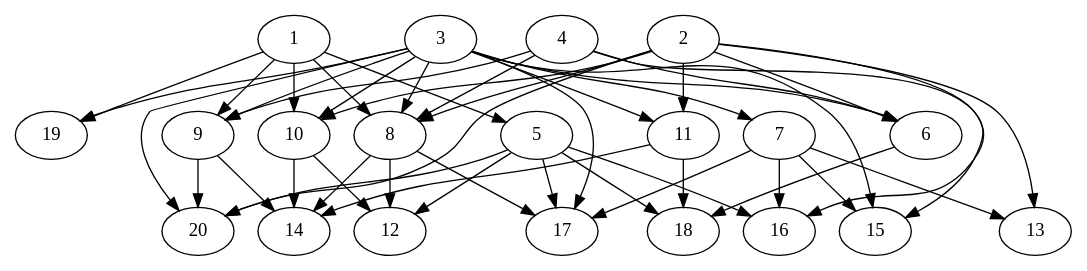
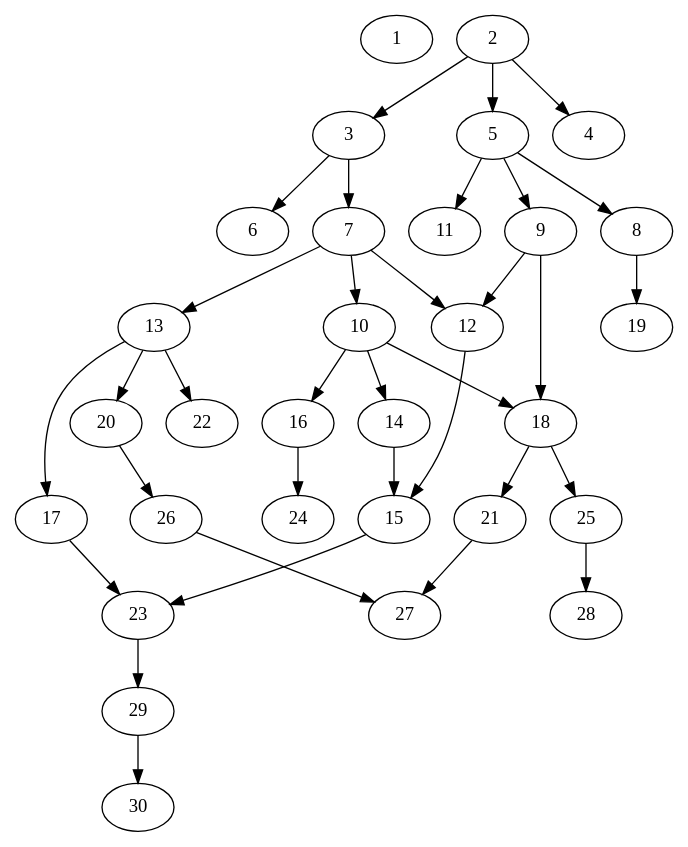
One commit to Ad-Bean/LinearProgramming changed the diagram in test.dot. Above: the diagram before and after it, drawn with Graphviz. The commit also changed 1 other file, not shown here.

```diff
--- a/test.dot
+++ b/test.dot
@@ -1,69 +1,67 @@
-// DAG automatically generated by daggen at Mon Jul 11 22:17:41 2022
-// ./daggen -n 20 --fat 0.8 --density 0.8 --regular 0.2 --jump 2 --minalpha 20 --maxalpha 200 --dot -o ../test.dot 
+// DAG automatically generated by daggen at Mon Jul 11 22:27:08 2022
+// ./daggen -n 30 --fat 0.4 --density 0.4 --regular 0.2 --jump 2 --minalpha 20 --maxalpha 200 --dot -o ../test.dot 
 digraph G {
-  1 [size="520712294024", alpha="45.93"]
-  1 -> 5 [size ="536870912"]
-  1 -> 8 [size ="536870912"]
-  1 -> 9 [size ="536870912"]
-  1 -> 10 [size ="536870912"]
-  1 -> 19 [size ="536870912"]
-  2 [size="5517730073", alpha="140.08"]
-  2 -> 6 [size ="301989888"]
-  2 -> 8 [size ="301989888"]
-  2 -> 10 [size ="301989888"]
-  2 -> 11 [size ="301989888"]
-  2 -> 13 [size ="301989888"]
-  2 -> 16 [size ="301989888"]
-  2 -> 20 [size ="301989888"]
-  3 [size="13493422392", alpha="146.76"]
-  3 -> 6 [size ="411041792"]
-  3 -> 7 [size ="411041792"]
-  3 -> 8 [size ="411041792"]
-  3 -> 9 [size ="411041792"]
-  3 -> 10 [size ="411041792"]
-  3 -> 11 [size ="411041792"]
-  3 -> 15 [size ="411041792"]
-  3 -> 17 [size ="411041792"]
-  3 -> 19 [size ="411041792"]
-  3 -> 20 [size ="411041792"]
-  4 [size="152001525389", alpha="113.94"]
-  4 -> 6 [size ="411041792"]
-  4 -> 8 [size ="411041792"]
-  4 -> 9 [size ="411041792"]
-  4 -> 15 [size ="411041792"]
-  5 [size="463003771967", alpha="172.10"]
-  5 -> 12 [size ="838860800"]
-  5 -> 16 [size ="838860800"]
-  5 -> 17 [size ="838860800"]
-  5 -> 18 [size ="838860800"]
-  5 -> 20 [size ="838860800"]
-  6 [size="357349672339", alpha="38.68"]
-  6 -> 18 [size ="301989888"]
-  7 [size="5906089942", alpha="186.70"]
-  7 -> 13 [size ="209715200"]
-  7 -> 15 [size ="209715200"]
-  7 -> 16 [size ="209715200"]
-  7 -> 17 [size ="209715200"]
-  8 [size="231928233984", alpha="53.36"]
-  8 -> 12 [size ="301989888"]
-  8 -> 14 [size ="301989888"]
-  8 -> 17 [size ="301989888"]
-  9 [size="681825633922", alpha="90.05"]
-  9 -> 14 [size ="679477248"]
-  9 -> 20 [size ="679477248"]
-  10 [size="299039943488", alpha="81.98"]
-  10 -> 12 [size ="536870912"]
-  10 -> 14 [size ="536870912"]
-  11 [size="549755813888", alpha="66.09"]
-  11 -> 14 [size ="536870912"]
-  11 -> 18 [size ="536870912"]
-  12 [size="29685660780", alpha="26.91"]
-  13 [size="433382999571", alpha="69.85"]
-  14 [size="28680302006", alpha="86.32"]
-  15 [size="521346391258", alpha="79.08"]
-  16 [size="8376313446", alpha="130.73"]
-  17 [size="549755813888", alpha="90.93"]
-  18 [size="8589934592", alpha="157.81"]
-  19 [size="1747093242", alpha="36.63"]
-  20 [size="272762343191", alpha="49.61"]
+  1 [size="134217728000", alpha="185.35"]
+  2 [size="8589934592", alpha="52.78"]
+  2 -> 3 [size ="33554432"]
+  2 -> 4 [size ="33554432"]
+  2 -> 5 [size ="33554432"]
+  3 [size="68719476736", alpha="105.87"]
+  3 -> 6 [size ="134217728"]
+  3 -> 7 [size ="134217728"]
+  4 [size="8589934592", alpha="51.93"]
+  5 [size="37441267659", alpha="48.62"]
+  5 -> 8 [size ="838860800"]
+  5 -> 9 [size ="838860800"]
+  5 -> 11 [size ="838860800"]
+  6 [size="8589934592", alpha="57.89"]
+  7 [size="6454441819", alpha="71.26"]
+  7 -> 10 [size ="411041792"]
+  7 -> 12 [size ="411041792"]
+  7 -> 13 [size ="411041792"]
+  8 [size="1180607610315", alpha="82.65"]
+  8 -> 19 [size ="838860800"]
+  9 [size="1073741824000", alpha="29.32"]
+  9 -> 12 [size ="838860800"]
+  9 -> 18 [size ="838860800"]
+  10 [size="50300583184", alpha="41.49"]
+  10 -> 14 [size ="838860800"]
+  10 -> 16 [size ="838860800"]
+  10 -> 18 [size ="838860800"]
+  11 [size="1073741824000", alpha="186.48"]
+  12 [size="134217728000", alpha="64.70"]
+  12 -> 15 [size ="209715200"]
+  13 [size="14651476925", alpha="136.76"]
+  13 -> 17 [size ="411041792"]
+  13 -> 20 [size ="411041792"]
+  13 -> 22 [size ="411041792"]
+  14 [size="4769474813", alpha="166.22"]
+  14 -> 15 [size ="75497472"]
+  15 [size="28991029248", alpha="32.39"]
+  15 -> 23 [size ="75497472"]
+  16 [size="585273274433", alpha="160.08"]
+  16 -> 24 [size ="679477248"]
+  17 [size="80958534710", alpha="35.59"]
+  17 -> 23 [size ="75497472"]
+  18 [size="121872716955", alpha="113.04"]
+  18 -> 21 [size ="411041792"]
+  18 -> 25 [size ="411041792"]
+  19 [size="68719476736", alpha="130.31"]
+  20 [size="20651524198", alpha="75.75"]
+  20 -> 26 [size ="536870912"]
+  21 [size="8589934592", alpha="61.93"]
+  21 -> 27 [size ="33554432"]
+  22 [size="68719476736", alpha="87.78"]
+  23 [size="782757789696", alpha="127.93"]
+  23 -> 29 [size ="679477248"]
+  24 [size="23136987850", alpha="160.35"]
+  25 [size="5930117466", alpha="48.33"]
+  25 -> 28 [size ="301989888"]
+  26 [size="1617739030", alpha="117.46"]
+  26 -> 27 [size ="134217728"]
+  27 [size="259499986266", alpha="128.70"]
+  28 [size="3643339057", alpha="145.60"]
+  29 [size="68719476736", alpha="116.78"]
+  29 -> 30 [size ="134217728"]
+  30 [size="33637553646", alpha="109.62"]
 }
```
